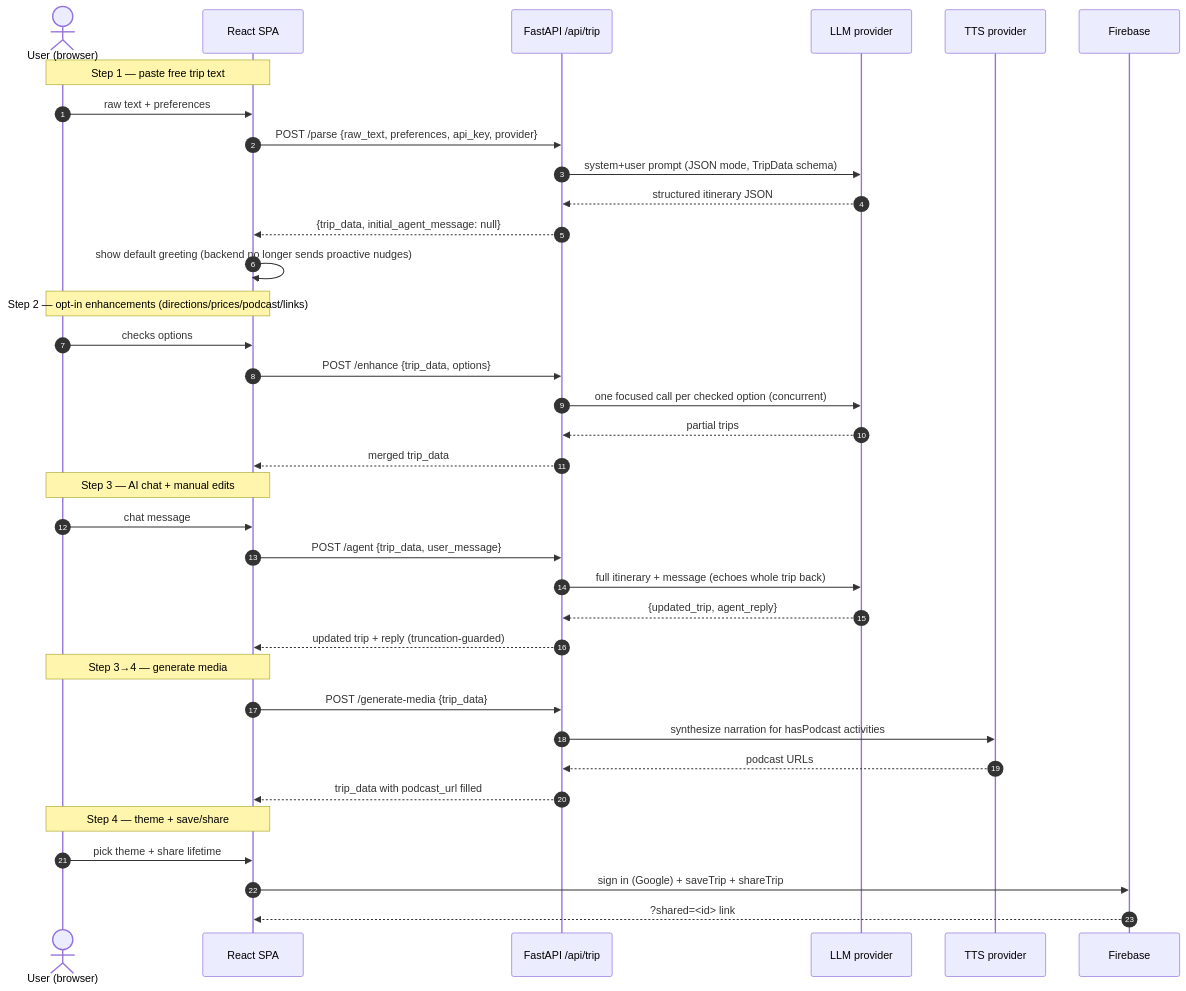
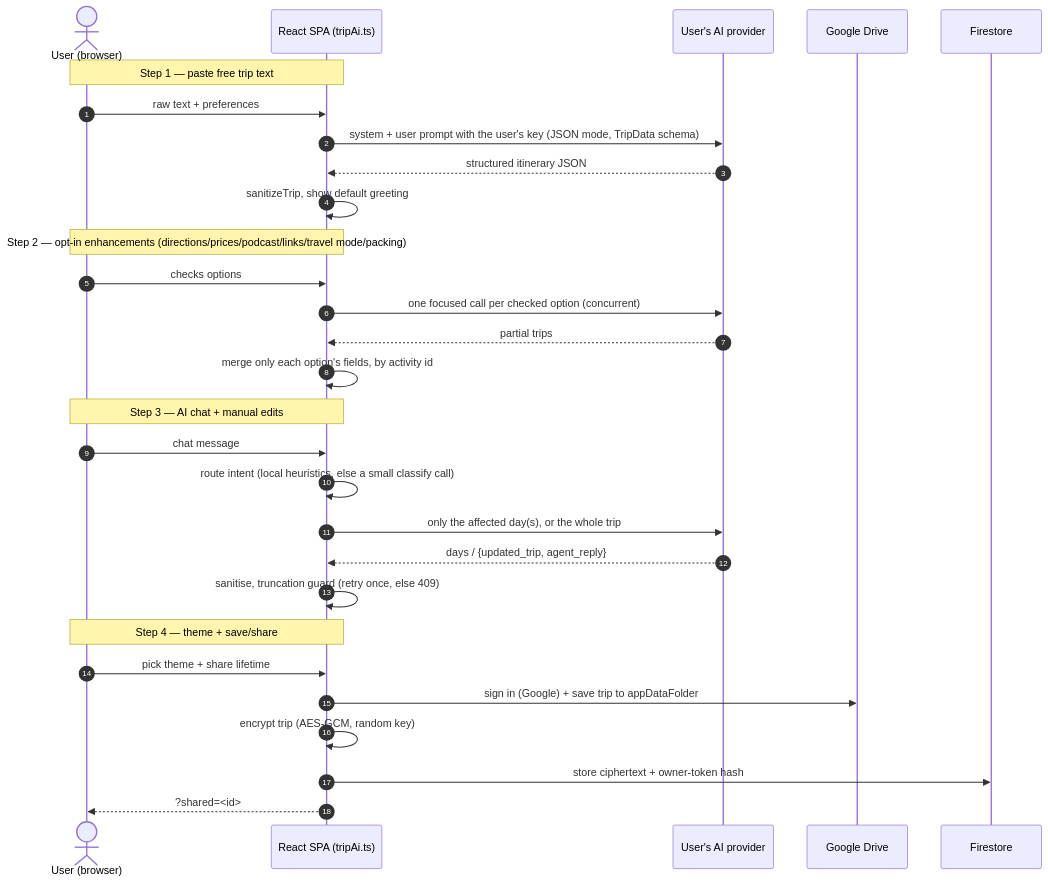
Before and after one commit to joka-7/AppMyTrip: the third of 5 diagrams in docs/HLD.md, drawn with Mermaid. The commit also changed other lines of this file and 170 other files, not shown here.

First line of the commit message:
feat!: keep trips on the device and in the user's Drive, add an Android app (#155)

````diff
--- a/docs/HLD.md
+++ b/docs/HLD.md
@@ -142,43 +118,35 @@
 ```mermaid
 sequenceDiagram
     autonumber
     actor U as User (browser)
-    participant FE as React SPA
-    participant API as FastAPI /api/trip
-    participant LLM as LLM provider
-    participant TTS as TTS provider
-    participant FB as Firebase
+    participant FE as React SPA (tripAi.ts)
+    participant LLM as User's AI provider
+    participant G as Google Drive
+    participant FS as Firestore
 
     Note over U,FE: Step 1 — paste free trip text
     U->>FE: raw text + preferences
-    FE->>API: POST /parse {raw_text, preferences, api_key, provider}
-    API->>LLM: system+user prompt (JSON mode, TripData schema)
-    LLM-->>API: structured itinerary JSON
-    API-->>FE: {trip_data, initial_agent_message: null}
-    FE->>FE: show default greeting (backend no longer sends proactive nudges)
+    FE->>LLM: system + user prompt with the user's key (JSON mode, TripData schema)
+    LLM-->>FE: structured itinerary JSON
+    FE->>FE: sanitizeTrip, show default greeting
 
-    Note over U,FE: Step 2 — opt-in enhancements (directions/prices/podcast/links)
+    Note over U,FE: Step 2 — opt-in enhancements (directions/prices/podcast/links/travel mode/packing)
     U->>FE: checks options
-    FE->>API: POST /enhance {trip_data, options}
-    API->>LLM: one focused call per checked option (concurrent)
-    LLM-->>API: partial trips
-    API-->>FE: merged trip_data
+    FE->>LLM: one focused call per checked option (concurrent)
+    LLM-->>FE: partial trips
+    FE->>FE: merge only each option's fields, by activity id
 
     Note over U,FE: Step 3 — AI chat + manual edits
     U->>FE: chat message
-    FE->>API: POST /agent {trip_data, user_message}
-    API->>LLM: full itinerary + message (echoes whole trip back)
-    LLM-->>API: {updated_trip, agent_reply}
-    API-->>FE: updated trip + reply (truncation-guarded)
-
-    Note over U,FE: Step 3→4 — generate media
-    FE->>API: POST /generate-media {trip_data}
-    API->>TTS: synthesize narration for hasPodcast activities
-    TTS-->>API: podcast URLs
-    API-->>FE: trip_data with podcast_url filled
+    FE->>FE: route intent (local heuristics, else a small classify call)
+    FE->>LLM: only the affected day(s), or the whole trip
+    LLM-->>FE: days / {updated_trip, agent_reply}
+    FE->>FE: sanitise, truncation guard (retry once, else 409)
 
     Note over U,FE: Step 4 — theme + save/share
     U->>FE: pick theme + share lifetime
-    FE->>FB: sign in (Google) + saveTrip + shareTrip
-    FB-->>FE: ?shared=<id> link
+    FE->>G: sign in (Google) + save trip to appDataFolder
+    FE->>FE: encrypt trip (AES-GCM, random key)
+    FE->>FS: store ciphertext + owner-token hash
+    FE-->>U: ?shared=<id>#k=<key> link (key never sent to a server)
 ```
````
